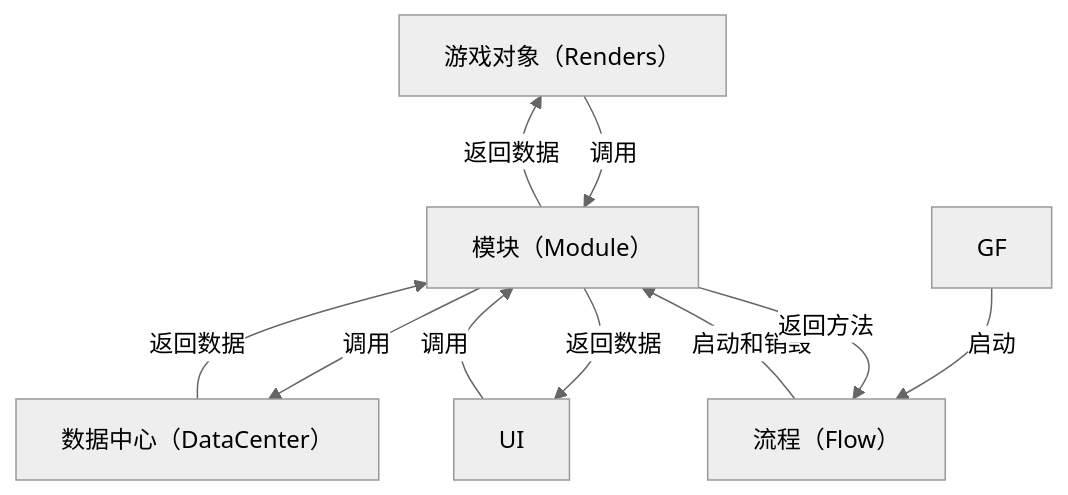
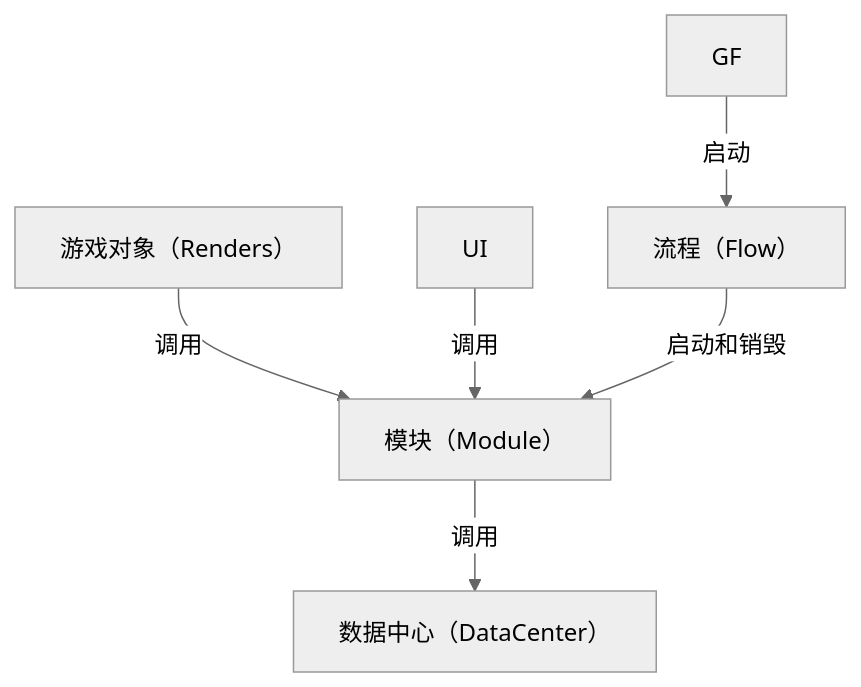
One commit to Qyingii/Fmoda changed the diagram in Assets/Example/README/README.md. Above: the diagram before and after it, drawn with Mermaid (neutral theme). The commit also changed 23 other files, not shown here.

````diff
--- a/Assets/Example/README/README.md
+++ b/Assets/Example/README/README.md
@@ -7,12 +7,8 @@
 ``` mermaid
 flowchart TD
 A[游戏对象（Renders）]--调用--> B[模块（Module）]
 C[UI]--调用--> B
 B--调用--> D[数据中心（DataCenter）]
 E[流程（Flow）]--启动和销毁--> B
 F[GF]--启动--> E
-D--返回数据--> B
-B--返回数据--> C
-B--返回数据--> A
-B--返回方法--> E
 ```
````
